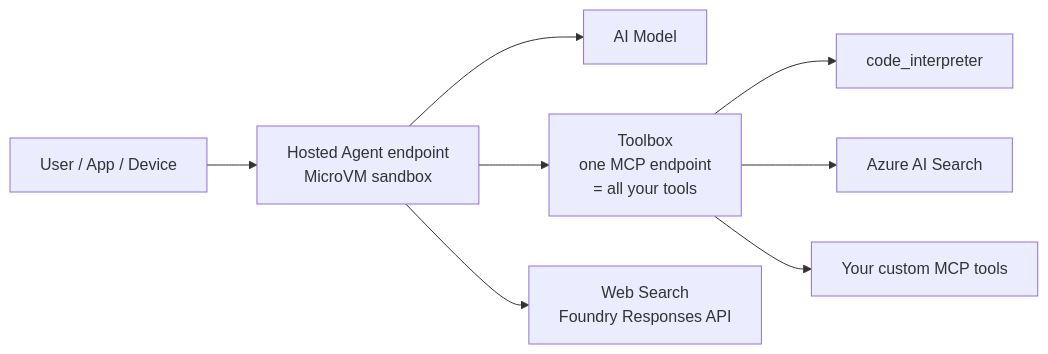
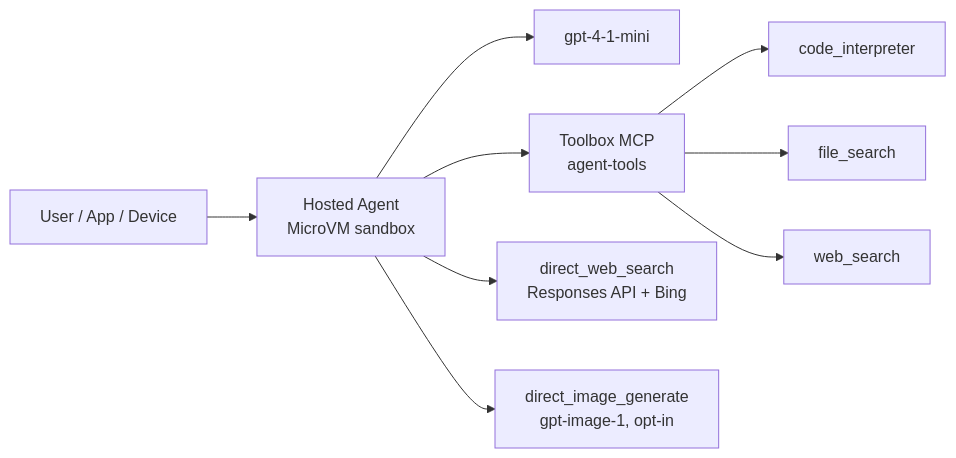
Before and after one commit to david-xinyuwei/david-share: the third of 4 diagrams in Agents/Foundry-Hosted-Agent-Toolbox-Demo/README.md, drawn with Mermaid. The commit also changed other lines of this file and 2 other files, not shown here.

Commit message:
Fix all stale diagrams: 3 Toolbox tools + MicroVM + direct tools everywhere; add FILE_SEARCH to .env.example

````diff
--- a/Agents/Foundry-Hosted-Agent-Toolbox-Demo/README.md
+++ b/Agents/Foundry-Hosted-Agent-Toolbox-Demo/README.md
@@ -267,10 +267,11 @@
 ```mermaid
 flowchart LR
-    User["User / App / Device"] --> HA["Hosted Agent endpoint<br/>MicroVM sandbox"]
-    HA --> Model["AI Model"]
-    HA --> TB["Toolbox<br/>one MCP endpoint<br/>= all your tools"]
+    User["User / App / Device"] --> HA["Hosted Agent<br/>MicroVM sandbox"]
+    HA --> Model["gpt-4-1-mini"]
+    HA --> TB["Toolbox MCP<br/>agent-tools"]
     TB --> CI["code_interpreter"]
-    TB --> Search["Azure AI Search"]
-    TB --> Custom["Your custom MCP tools"]
-    HA --> WS["Web Search<br/>Foundry Responses API"]
+    TB --> FS["file_search"]
+    TB --> WS_TB["web_search"]
+    HA --> DWS["direct_web_search<br/>Responses API + Bing"]
+    HA --> DIG["direct_image_generate<br/>gpt-image-1, opt-in"]
 ```
````
